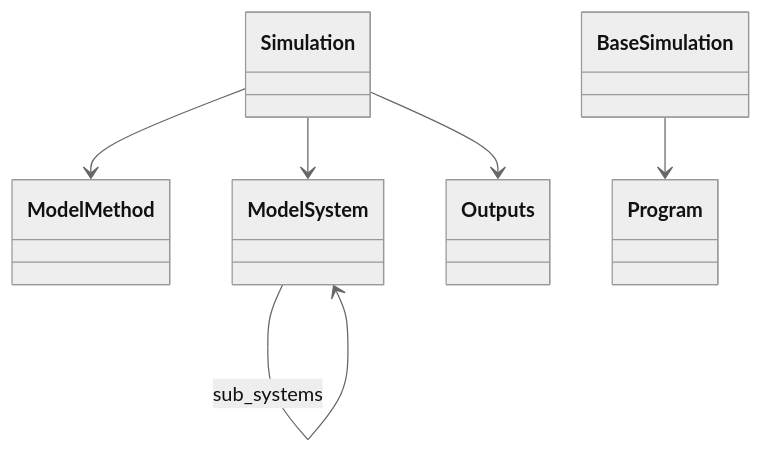
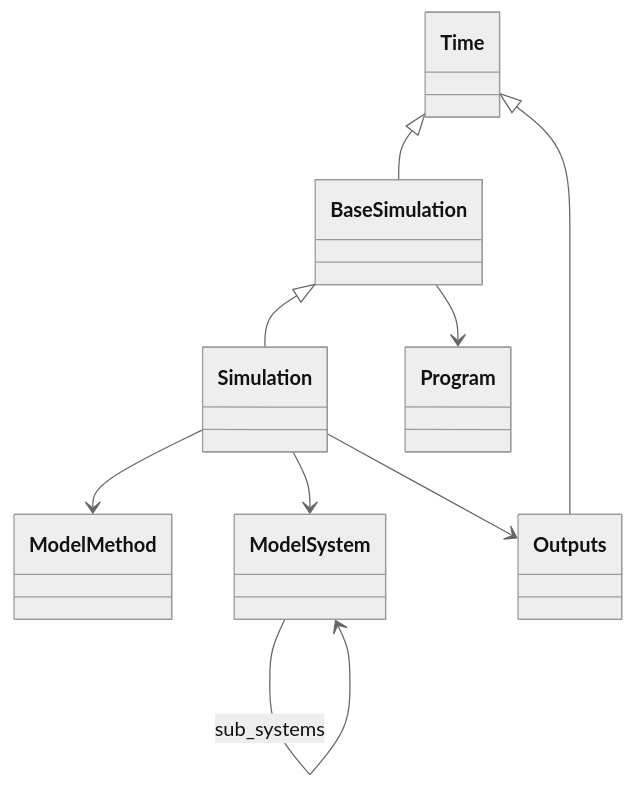
Before and after one commit to FAIRmat-NFDI/nomad-simulations: the diagram in docs/schema/simulation.diagram.md, drawn with Mermaid (neutral theme). The commit also changed other lines of this file and 52 other files, not shown here.

Commit message:
add inheritance to diagrams, better organization

````diff
--- a/docs/schema/simulation.diagram.md
+++ b/docs/schema/simulation.diagram.md
@@ -15,20 +16,25 @@
 ```mermaid
 classDiagram
     class BaseSimulation {
     }
     class ModelMethod {
     }
     class ModelSystem {
     }
     class Outputs {
     }
     class Program {
     }
     class Simulation {
     }
+    class Time {
+    }
+    Time <|-- BaseSimulation
+    Time <|-- Outputs
+    BaseSimulation <|-- Simulation
     BaseSimulation --> Program
     ModelSystem --> ModelSystem : sub_systems
     Simulation --> ModelMethod
     Simulation --> ModelSystem
     Simulation --> Outputs
 ```
````
